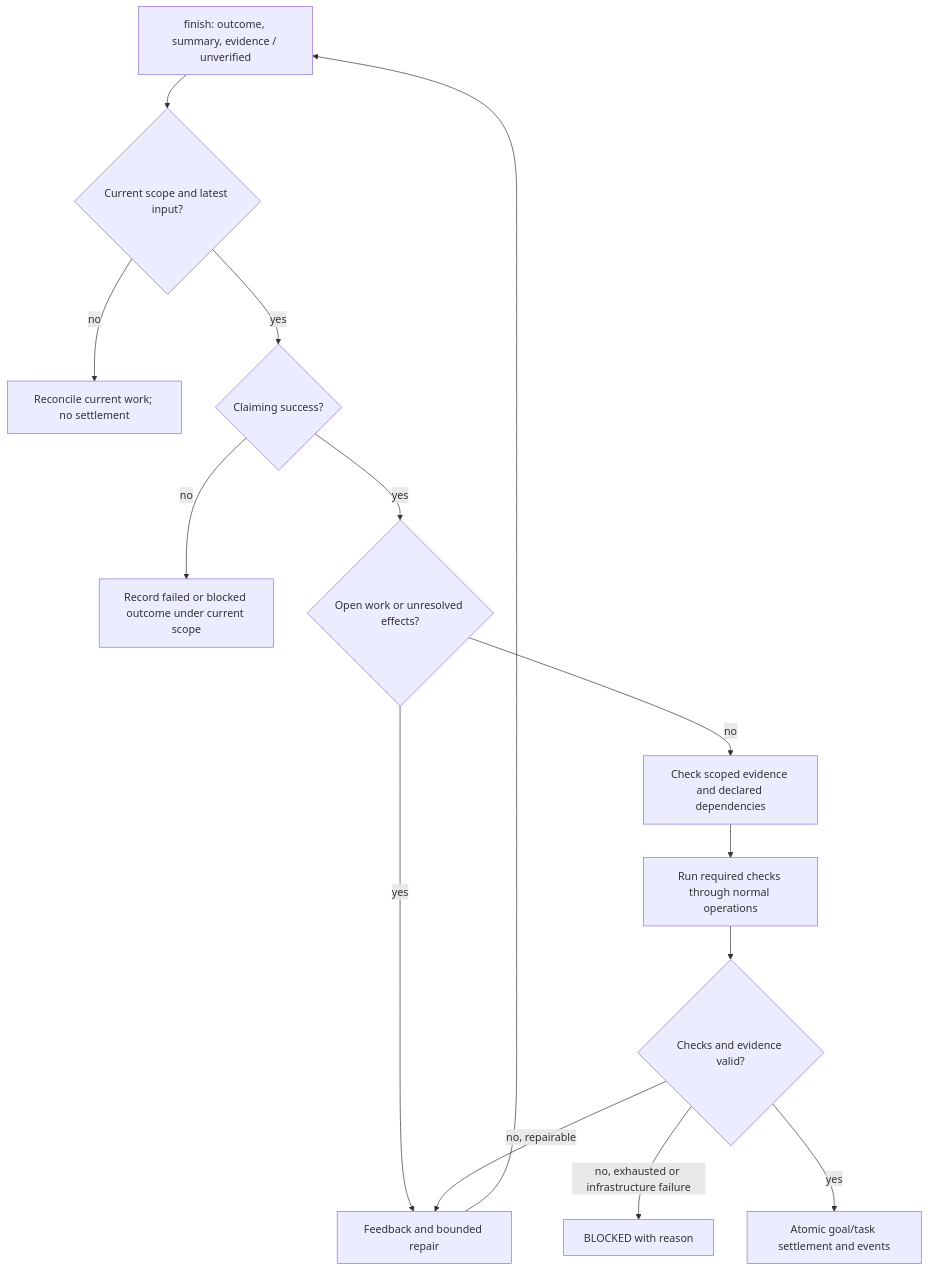
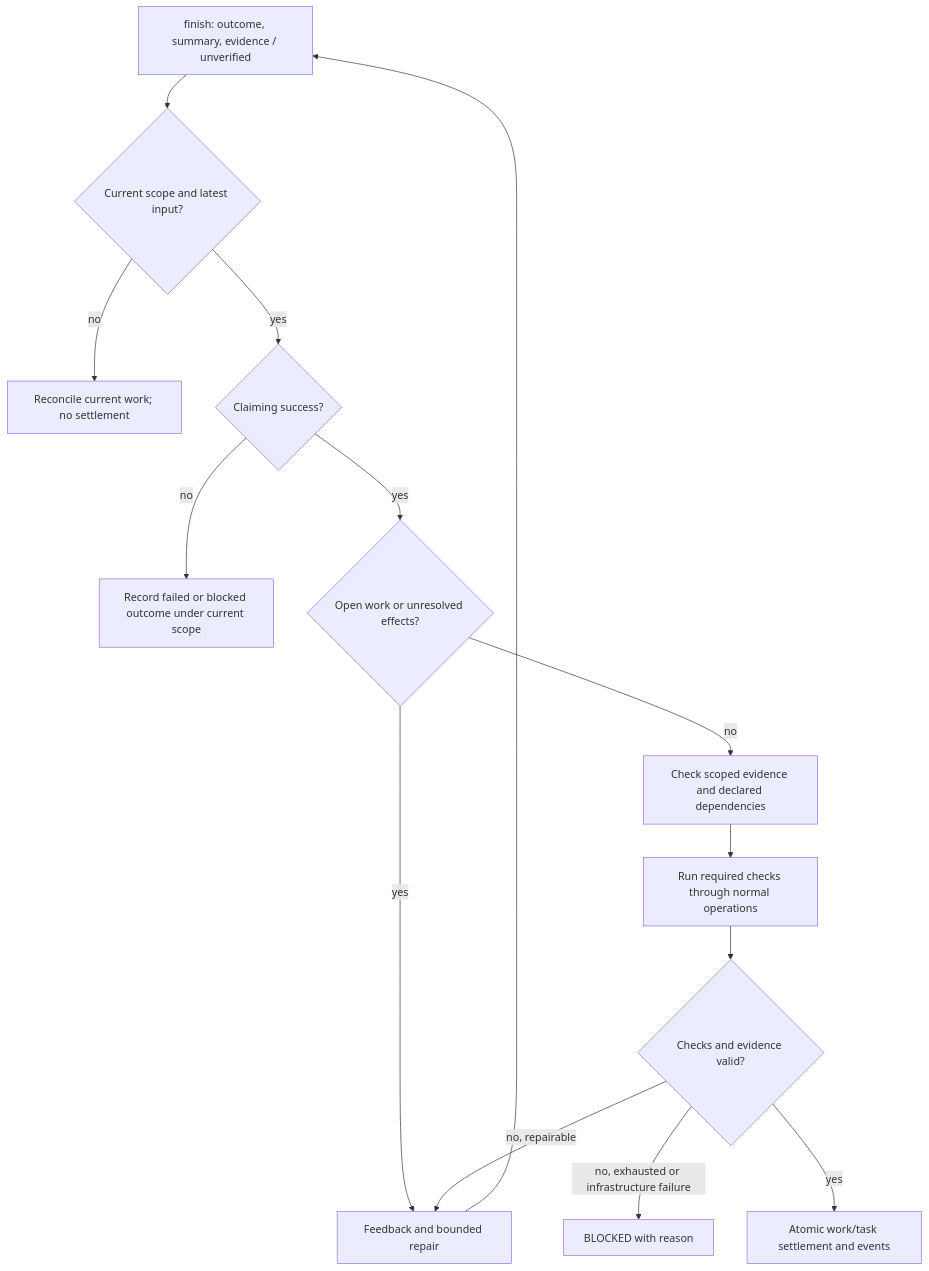
Diagram 26 of 35 in docs/ARCHITECTURE.md (seek-hope/TeamAgents), drawn with Mermaid before and after one commit. The commit also changed other lines of this file and 177 other files, not shown here.

Commit message:
Remove goal entity and migrate to work scopes

````diff
--- a/docs/ARCHITECTURE.md
+++ b/docs/ARCHITECTURE.md
@@ -981,18 +981,18 @@
 ```mermaid
 flowchart TB
     accTitle: Completion and required checks
     accDescr: A completion candidate is checked against current work, inputs, execution, tasks and evidence. Required checks use the normal Shell receipt path and may trigger bounded repair instead of success.
     claim["finish: outcome, summary, evidence / unverified"] --> scope{"Current scope and latest input?"}
     scope -->|"no"| reconcile["Reconcile current work; no settlement"]
     scope -->|"yes"| outcome{"Claiming success?"}
     outcome -->|"no"| other["Record failed or blocked outcome under current scope"]
     outcome -->|"yes"| open{"Open work or unresolved effects?"}
     open -->|"yes"| repair["Feedback and bounded repair"]
     open -->|"no"| evidence["Check scoped evidence and declared dependencies"]
     evidence --> checks["Run required checks through normal operations"]
     checks --> pass{"Checks and evidence valid?"}
     pass -->|"no, repairable"| repair
     pass -->|"no, exhausted or infrastructure failure"| block["BLOCKED with reason"]
-    pass -->|"yes"| settle["Atomic goal/task settlement and events"]
+    pass -->|"yes"| settle["Atomic work/task settlement and events"]
     repair --> claim
 ```
````
